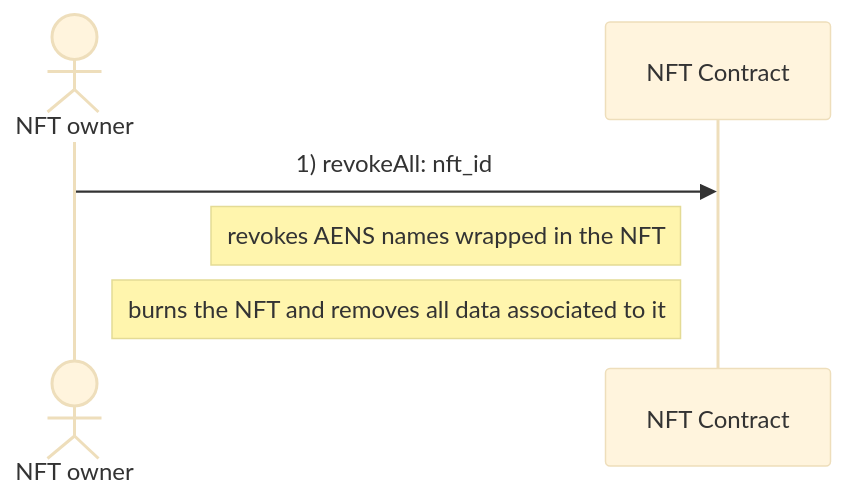
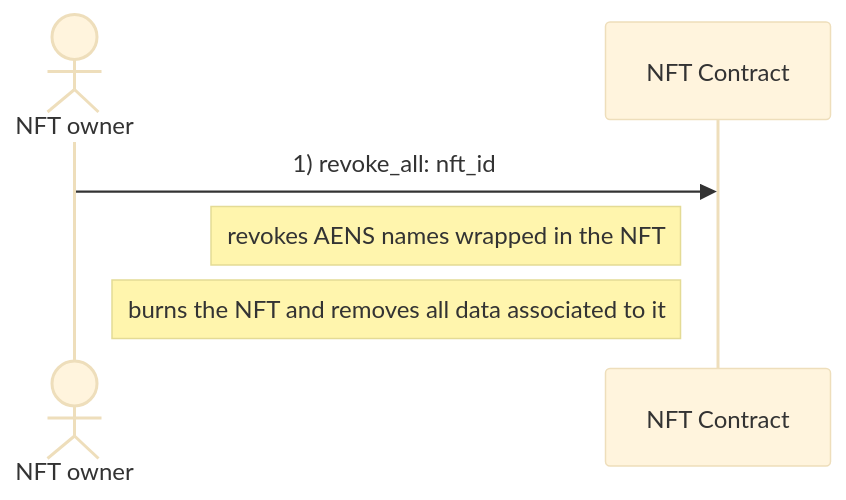
One commit to marc0olo/aens-nfts changed the third of 3 diagrams in docs/diagrams/revoke_aens_names.md. Above: the diagram before and after it, drawn with Mermaid (base theme). The commit also changed other lines of this file and 17 other files, not shown here.

````diff
--- a/docs/diagrams/revoke_aens_names.md
+++ b/docs/diagrams/revoke_aens_names.md
@@ -33,7 +33,7 @@
 ```mermaid
 sequenceDiagram
     actor NFT owner
-    NFT owner ->> NFT Contract: 1) revokeAll: nft_id
+    NFT owner ->> NFT Contract: 1) revoke_all: nft_id
     Note left of NFT Contract: revokes AENS names wrapped in the NFT
     Note left of NFT Contract: burns the NFT and removes all data associated to it
 ```
````
